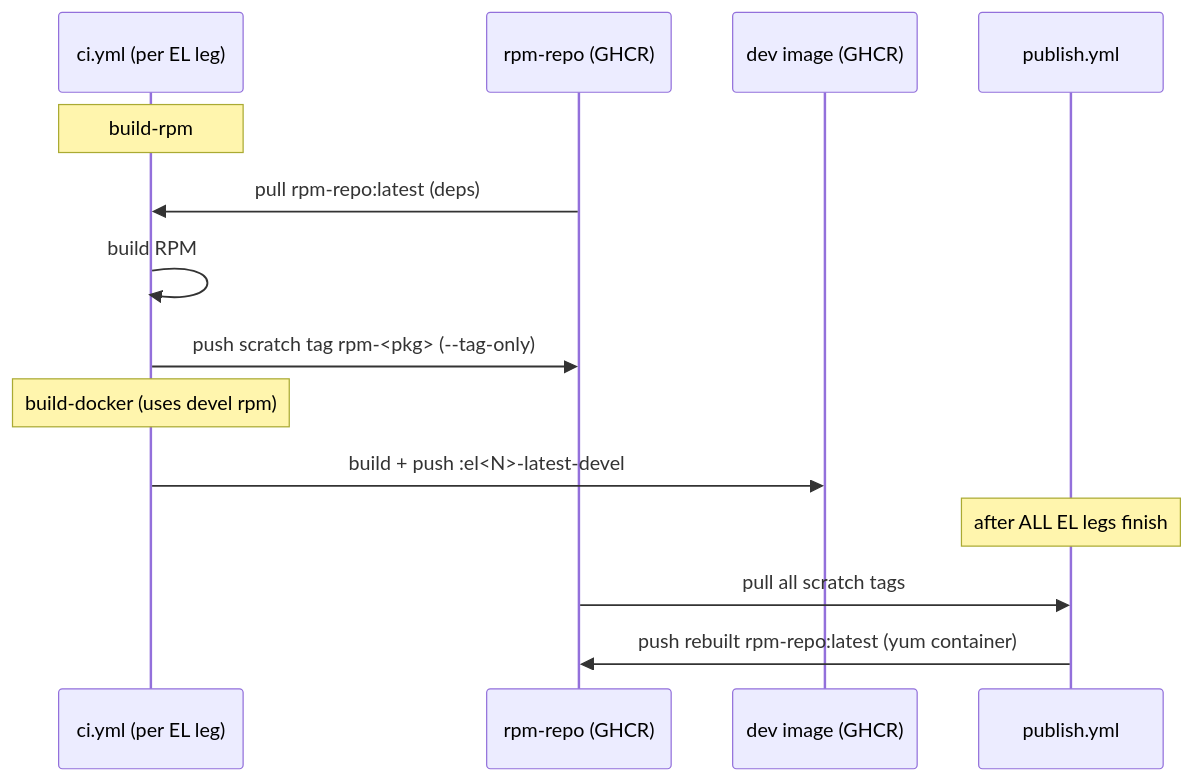
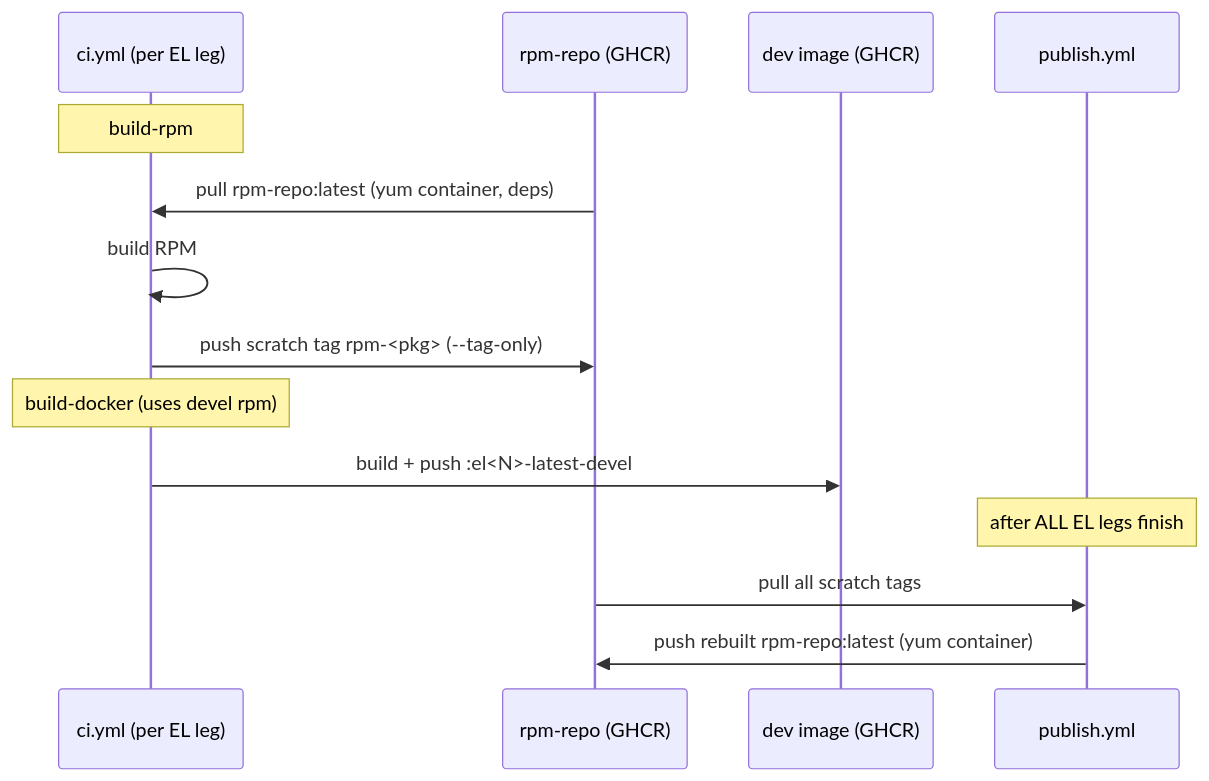
The second of 2 diagrams in README.md (gemini-rtsw/gemini-rtsw-ci), drawn with Mermaid before and after one commit.

Commit message:
REL-4958 docs: label deps-pull as the yum container too
Match the publish-step wording so both rpm-repo:latest arrows name it
as the yum container.

````diff
--- a/README.md
+++ b/README.md
@@ -31,17 +31,17 @@
 ```mermaid
 sequenceDiagram
   participant CI as ci.yml (per EL leg)
   participant Repo as rpm-repo (GHCR)
   participant Dev as dev image (GHCR)
   participant Pub as publish.yml
 
   Note over CI: build-rpm
-  Repo->>CI: pull rpm-repo:latest (deps)
+  Repo->>CI: pull rpm-repo:latest (yum container, deps)
   CI->>CI: build RPM
   CI->>Repo: push scratch tag rpm-<pkg> (--tag-only)
   Note over CI: build-docker (uses devel rpm)
   CI->>Dev: build + push :el<N>-latest-devel
   Note over Pub: after ALL EL legs finish
   Repo->>Pub: pull all scratch tags
   Pub->>Repo: push rebuilt rpm-repo:latest (yum container)
 ```
````
